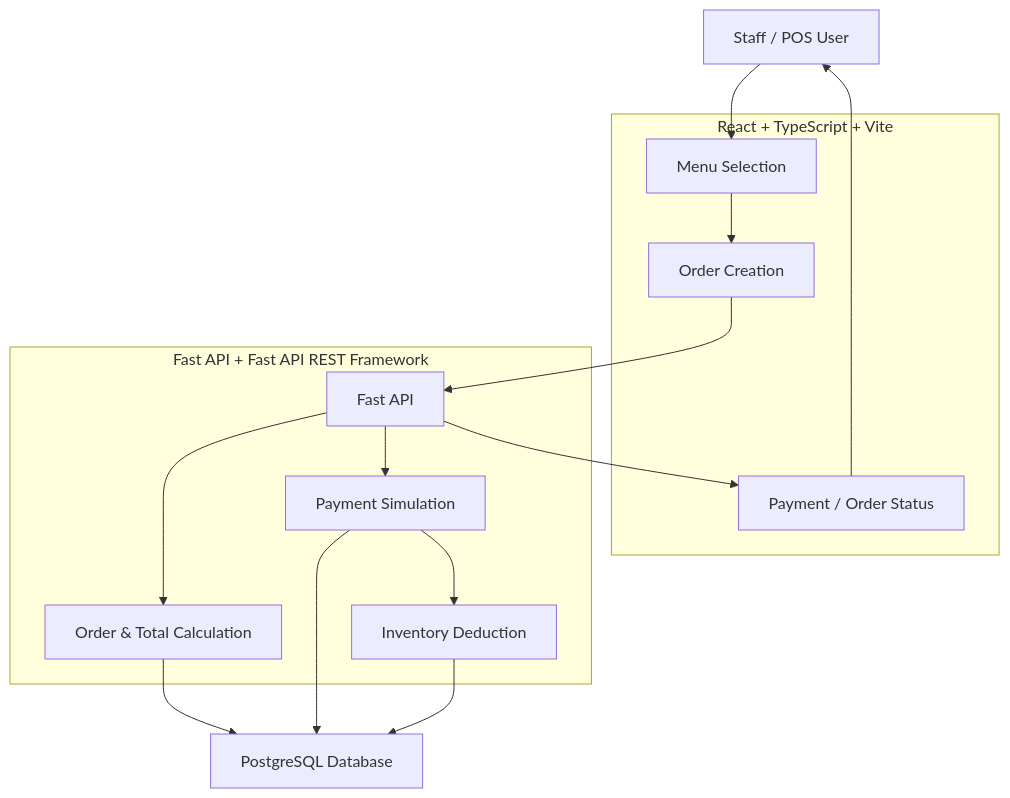
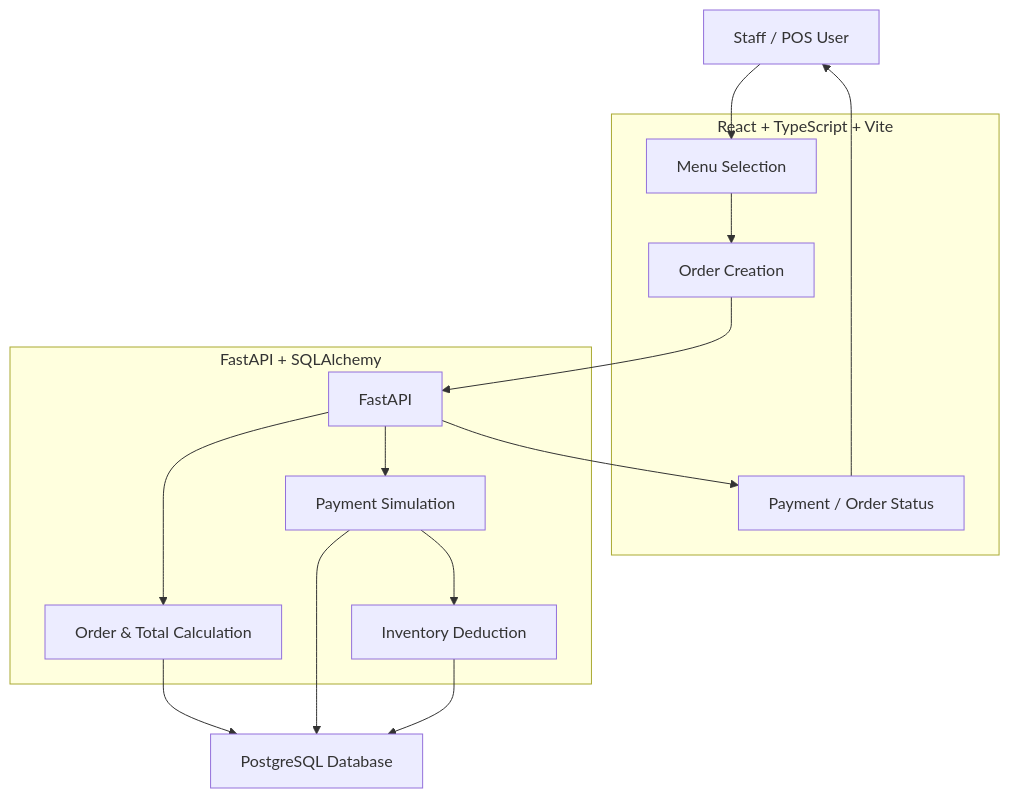
Before and after one commit to CapstoneDesign-Fall2026-UlsanCollege/Team3_CapstoneDesign: the diagram in docs/week-03/architecture-sketch.md, drawn with Mermaid. The commit also changed other lines of this file and 6 other files, not shown here.

````diff
--- a/docs/week-03/architecture-sketch.md
+++ b/docs/week-03/architecture-sketch.md
@@ -26,35 +30,35 @@
 ```mermaid
 flowchart TD
     User["Staff / POS User"]
 
     subgraph Frontend ["React + TypeScript + Vite"]
         Menu["Menu Selection"]
         Order["Order Creation"]
         Payment["Payment / Order Status"]
     end
 
-    subgraph Backend ["Fast API + Fast API REST Framework"]
-        API["Fast API"]
+    subgraph Backend ["FastAPI + SQLAlchemy"]
+        API["FastAPI"]
         OrderService["Order & Total Calculation"]
         PaymentService["Payment Simulation"]
         InventoryService["Inventory Deduction"]
     end
 
     DB["PostgreSQL Database"]
 
     User --> Menu
     Menu --> Order
     Order --> API
 
     API --> OrderService
     OrderService --> DB
 
     API --> PaymentService
     PaymentService --> DB
 
     PaymentService --> InventoryService
     InventoryService --> DB
 
     API --> Payment
     Payment --> User
 ```
````
